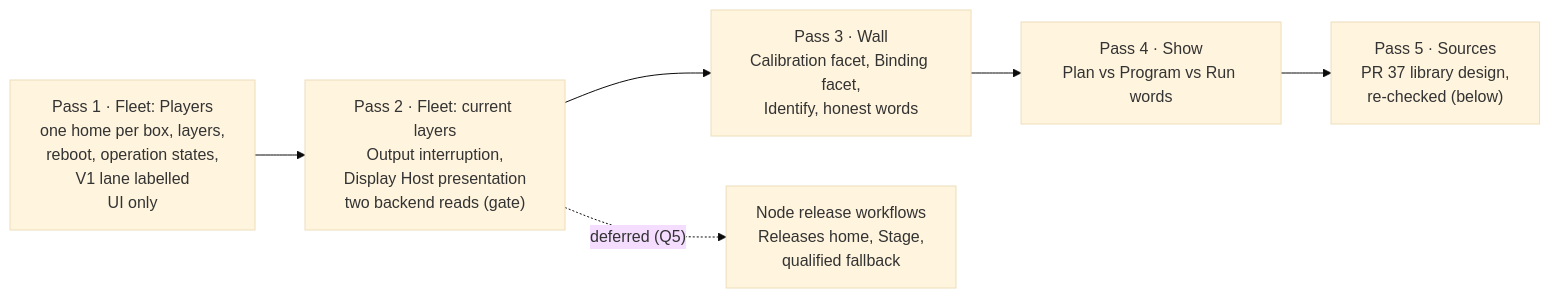
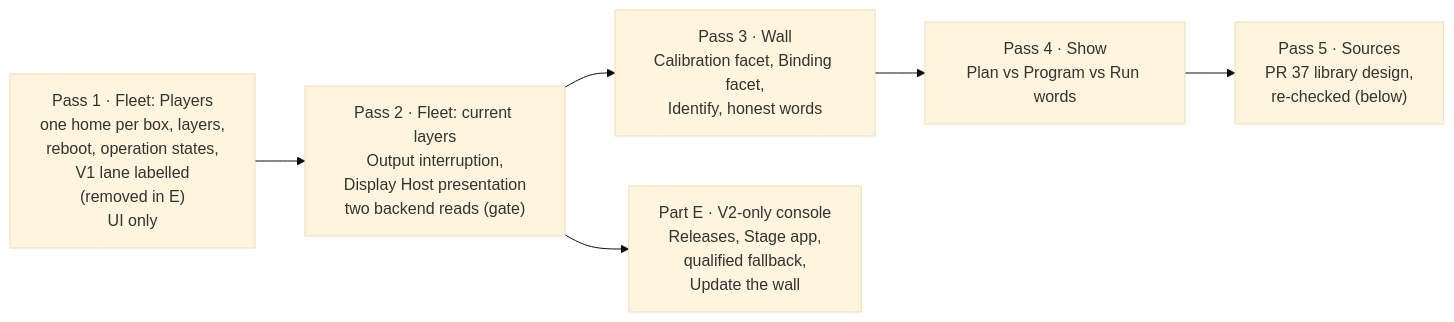
Before and after one commit to mcurcio/photo-wall: the third of 13 diagrams in docs/operator-console-ddd.md, drawn with Mermaid (base theme). The commit also changed other lines of this file and 8 other files, not shown here.

Commit message:
docs(console): fold Part E (V2-only releases, Stage, Update the wall) and owner decisions

````diff
--- a/docs/operator-console-ddd.md
+++ b/docs/operator-console-ddd.md
@@ -194,8 +194,8 @@
 ```mermaid
 flowchart LR
-  P1["Pass 1 · Fleet: Players<br/>one home per box, layers,<br/>reboot, operation states,<br/>V1 lane labelled<br/>UI only"] --> P2["Pass 2 · Fleet: current layers<br/>Output interruption,<br/>Display Host presentation<br/>two backend reads (gate)"]
+  P1["Pass 1 · Fleet: Players<br/>one home per box, layers,<br/>reboot, operation states,<br/>V1 lane labelled<br/>(removed in E)<br/>UI only"] --> P2["Pass 2 · Fleet: current layers<br/>Output interruption,<br/>Display Host presentation<br/>two backend reads (gate)"]
   P2 --> P3["Pass 3 · Wall<br/>Calibration facet, Binding facet,<br/>Identify, honest words"]
-  P2 -.->|"deferred (Q5)"| NR["Node release workflows<br/>Releases home, Stage,<br/>qualified fallback"]
+  P2 --> NR["Part E · V2-only console<br/>Releases, Stage app,<br/>qualified fallback,<br/>Update the wall"]
   P3 --> P4["Pass 4 · Show<br/>Plan vs Program vs Run words"]
   P4 --> P5["Pass 5 · Sources<br/>PR 37 library design,<br/>re-checked (below)"]
 ```
````
